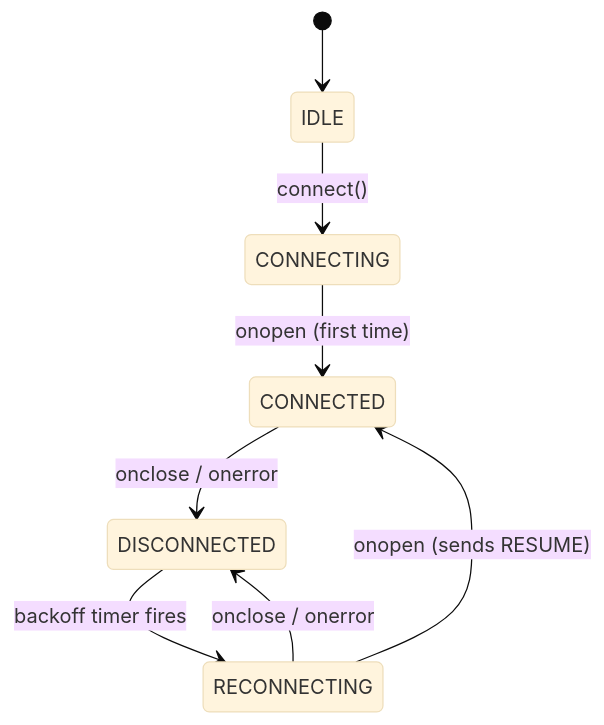
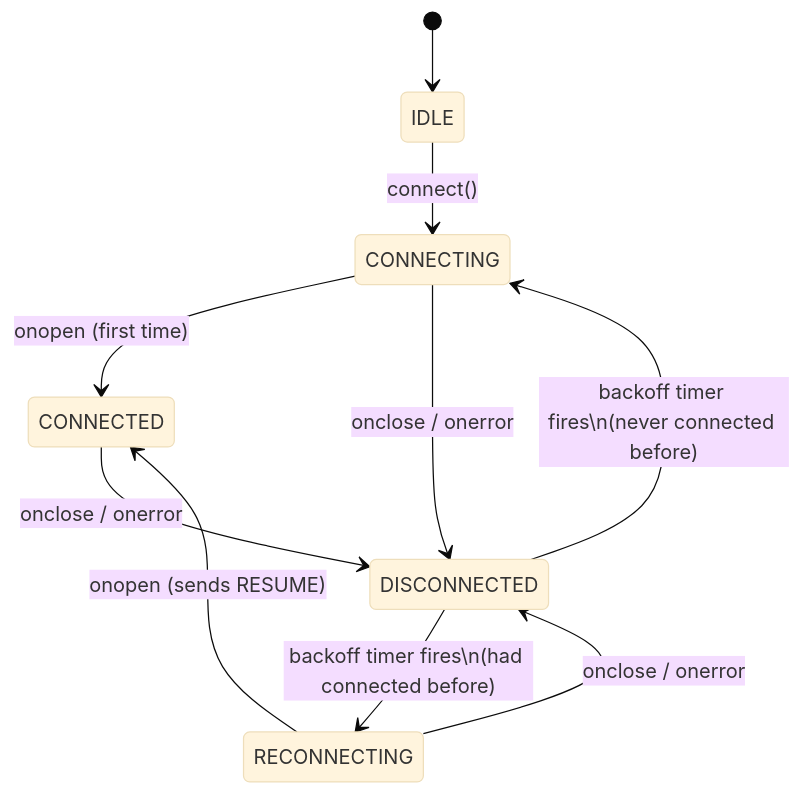
The first of 3 diagrams in agent-console/README.md (ChandanKT-git/AlchemyAI), drawn with Mermaid (base theme) before and after one commit. The commit also changed 1 other file, not shown here.

Commit message:
feat: add project documentation and implementation design strategy

````diff
--- a/agent-console/README.md
+++ b/agent-console/README.md
@@ -19,10 +19,12 @@
 ```mermaid
 stateDiagram-v2
     [*] --> IDLE
     IDLE --> CONNECTING: connect()
     CONNECTING --> CONNECTED: onopen (first time)
+    CONNECTING --> DISCONNECTED: onclose / onerror
     CONNECTED --> DISCONNECTED: onclose / onerror
-    DISCONNECTED --> RECONNECTING: backoff timer fires
+    DISCONNECTED --> CONNECTING: backoff timer fires\n(never connected before)
+    DISCONNECTED --> RECONNECTING: backoff timer fires\n(had connected before)
     RECONNECTING --> CONNECTED: onopen (sends RESUME)
     RECONNECTING --> DISCONNECTED: onclose / onerror
 ```
````
